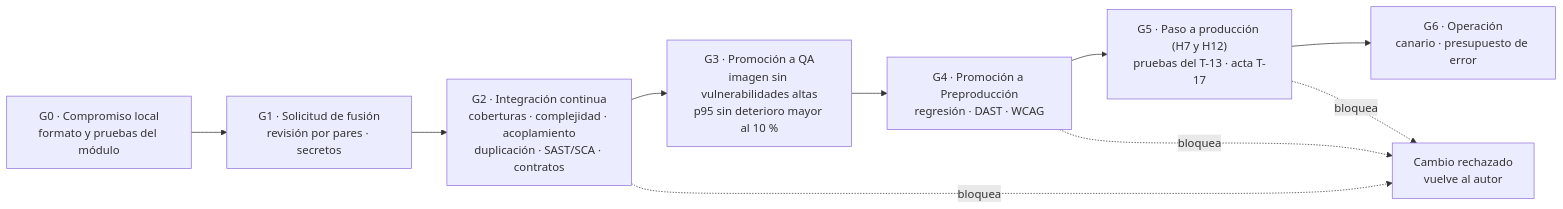
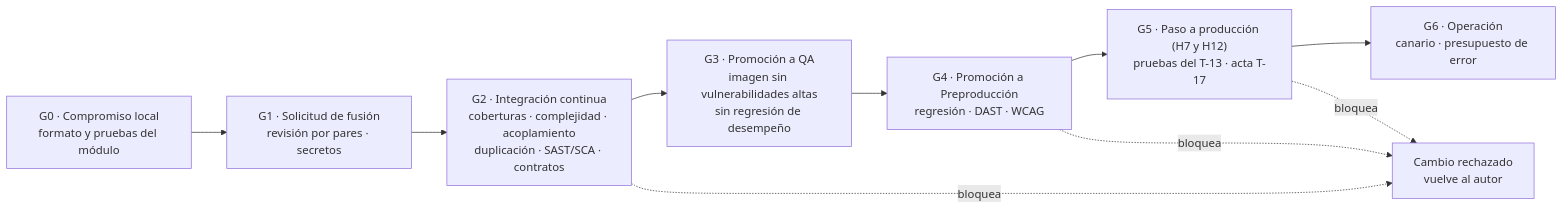
One commit to PatricioH315/LafroX changed the third of 9 diagrams in 09_plan_calidad/v_nueva/LAFROX-Subdocumento9.md. Above: the diagram before and after it, drawn with Mermaid. The commit also changed other lines of this file and 13 other files, not shown here.

````diff
--- a/09_plan_calidad/v_nueva/LAFROX-Subdocumento9.md
+++ b/09_plan_calidad/v_nueva/LAFROX-Subdocumento9.md
@@ -236,12 +236,12 @@
 ```mermaid
 flowchart LR
     G0["G0 · Compromiso local<br/>formato y pruebas del módulo"] --> G1["G1 · Solicitud de fusión<br/>revisión por pares · secretos"]
     G1 --> G2["G2 · Integración continua<br/>coberturas · complejidad · acoplamiento<br/>duplicación · SAST/SCA · contratos"]
-    G2 --> G3["G3 · Promoción a QA<br/>imagen sin vulnerabilidades altas<br/>p95 sin deterioro mayor al 10 %"]
+    G2 --> G3["G3 · Promoción a QA<br/>imagen sin vulnerabilidades altas<br/>sin regresión de desempeño"]
     G3 --> G4["G4 · Promoción a Preproducción<br/>regresión · DAST · WCAG"]
     G4 --> G5["G5 · Paso a producción (H7 y H12)<br/>pruebas del T-13 · acta T-17"]
     G5 --> G6["G6 · Operación<br/>canario · presupuesto de error"]
     G2 -. bloquea .-> X["Cambio rechazado<br/>vuelve al autor"]
     G4 -. bloquea .-> X
     G5 -. bloquea .-> X
 ```
````
